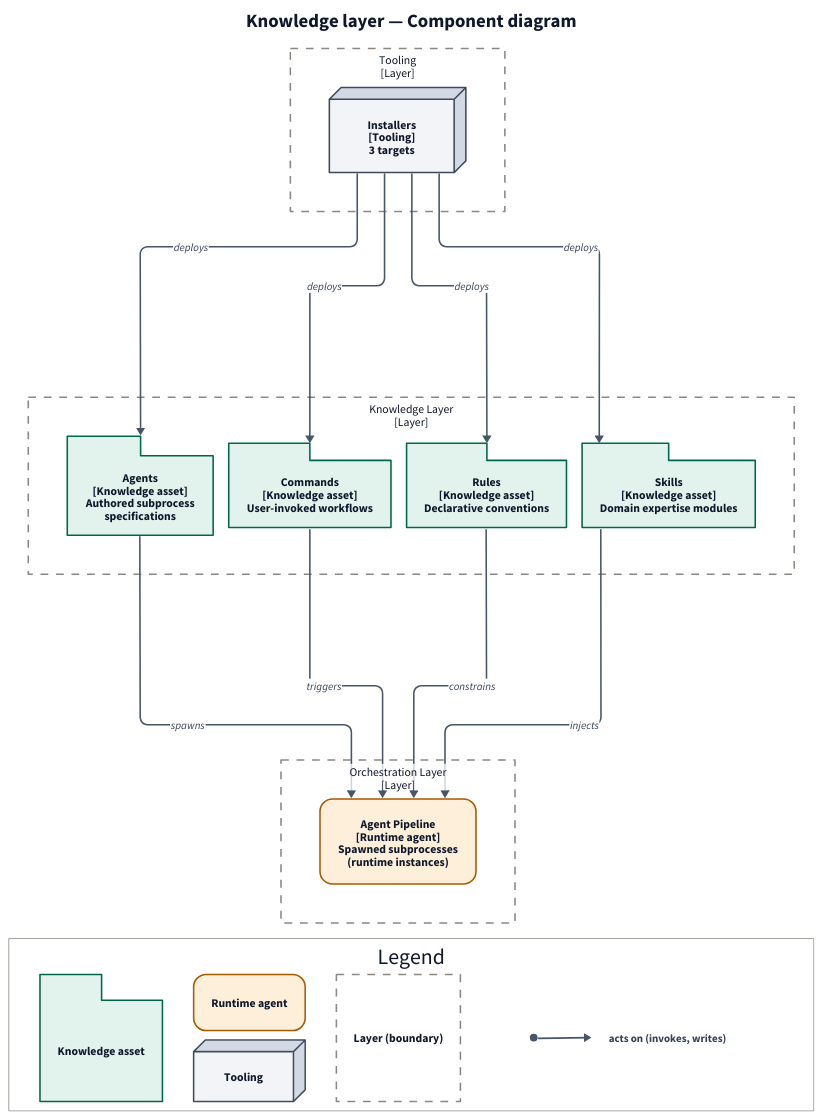
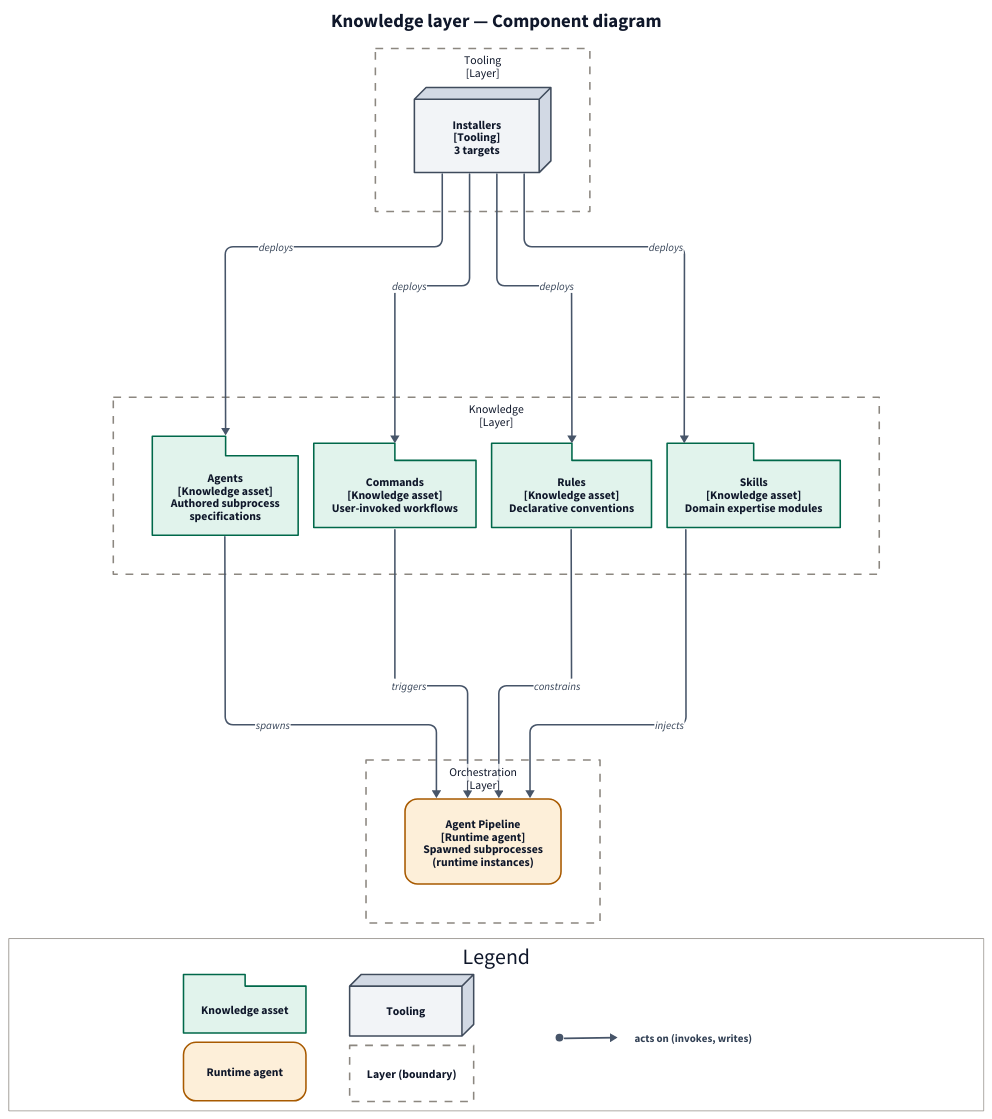
Before and after one commit to francisco-perez-sorrosal/praxion: the diagram in docs/diagrams/architecture/rendered/knowledge_components.d2, drawn with D2. The commit also changed 40 other files, not shown here.

First line of the commit message:
feat(diagrams): Complete the sixteen-view set with loop detail and layout-aware emission

```diff
--- a/docs/diagrams/architecture/rendered/knowledge_components.d2
+++ b/docs/diagrams/architecture/rendered/knowledge_components.d2
@@ -1,178 +1,180 @@
+direction: down
 vars: {
   d2-config: {
     layout-engine: elk
     pad: 40
     theme-overrides: {
       N1: "#0F172A"
       N2: "#334155"
       N7: "#FFFFFF"
     }
   }
 }
 classes: {
   category_knowledge_asset: {
     shape: package
     style: {
       fill: "#E1F3EC"
       stroke: "#00684A"
       stroke-width: 2
       font-color: "#0F172A"
       font-size: 15
     }
   }
   category_runtime_agent: {
     shape: rectangle
     style: {
       fill: "#FDEFD9"
       stroke: "#A85A00"
       stroke-width: 2
       font-color: "#0F172A"
       font-size: 15
       border-radius: 16
     }
   }
   category_tooling: {
     shape: rectangle
     style: {
       fill: "#F2F4F7"
       stroke: "#3F4B5C"
       stroke-width: 2
       font-color: "#0F172A"
       font-size: 15
       3d: true
     }
   }
   category_layer_frame: {
     shape: rectangle
     style: {
       fill: transparent
       stroke: "#8C8780"
       stroke-width: 2
       font-color: "#0F172A"
       font-size: 15
       stroke-dash: 5
     }
   }
   line_acts_on: {
     style: {
       fill: "#FFFFFF"
       stroke: "#475569"
       stroke-width: 2
       font-color: "#334155"
       font-size: 14
     }
   }
 }
 Title: {
   label: "Knowledge layer — Component diagram"
   shape: text
   near: top-center
   style: {
     font-size: 24
     bold: true
     font-color: "#0F172A"
   }
 }
 "el_praxion.knowledge": {
-  label: "Knowledge Layer\n[Layer]"
+  label: "Knowledge\n[Layer]"
   class: category_layer_frame
   "el_praxion.knowledge.agents": {
     label: "Agents\n[Knowledge asset]\nAuthored subprocess\nspecifications"
     class: category_knowledge_asset
   }
   "el_praxion.knowledge.commands": {
     label: "Commands\n[Knowledge asset]\nUser-invoked workflows"
     class: category_knowledge_asset
   }
   "el_praxion.knowledge.rules": {
     label: "Rules\n[Knowledge asset]\nDeclarative conventions"
     class: category_knowledge_asset
   }
   "el_praxion.knowledge.skills": {
     label: "Skills\n[Knowledge asset]\nDomain expertise modules"
     class: category_knowledge_asset
   }
 }
 "el_praxion.orchestration": {
-  label: "Orchestration Layer\n[Layer]"
+  label: "Orchestration\n[Layer]"
   class: category_layer_frame
   "el_praxion.orchestration.pipeline": {
     label: "Agent Pipeline\n[Runtime agent]\nSpawned subprocesses\n(runtime instances)"
     class: category_runtime_agent
   }
 }
 "el_praxion.tooling": {
   label: "Tooling\n[Layer]"
   class: category_layer_frame
   "el_praxion.tooling.installers": {
     label: "Installers\n[Tooling]\n3 targets"
     class: category_tooling
   }
 }
 Legend: {
   label: "Legend"
   near: bottom-center
-  grid-columns: 4
-  horizontal-gap: 40
+  grid-columns: 3
+  width: 1250
+  horizontal-gap: 56
   vertical-gap: 12
   style: {
     fill: "#FFFFFF"
     stroke: "#8C8780"
     stroke-width: 1
     font-color: "#0F172A"
   }
   category_knowledge_asset: {
     label: "Knowledge asset"
     class: category_knowledge_asset
   }
   category_runtime_agent: {
     label: "Runtime agent"
     class: category_runtime_agent
   }
   category_tooling: {
     label: "Tooling"
     class: category_tooling
   }
   category_layer_frame: {
     label: "Layer (boundary)"
     class: category_layer_frame
   }
   line_acts_on_sample: {
     label: ""
     direction: right
     style: {
       fill: transparent
       stroke-width: 0
     }
     tail: {
       label: ""
       shape: circle
       width: 8
       height: 8
       style: {
         fill: "#475569"
         stroke: "#475569"
       }
     }
     caption: {
       label: "acts on (invokes, writes)"
       style: {
         fill: transparent
         stroke-width: 0
         font-size: 14
         font-color: "#334155"
       }
     }
     tail -> caption: {
       class: line_acts_on
     }
   }
 }
 "el_praxion.knowledge"."el_praxion.knowledge.agents" -> "el_praxion.orchestration"."el_praxion.orchestration.pipeline": "spawns" {class: line_acts_on}
 "el_praxion.knowledge"."el_praxion.knowledge.commands" -> "el_praxion.orchestration"."el_praxion.orchestration.pipeline": "triggers" {class: line_acts_on}
 "el_praxion.knowledge"."el_praxion.knowledge.rules" -> "el_praxion.orchestration"."el_praxion.orchestration.pipeline": "constrains" {class: line_acts_on}
 "el_praxion.knowledge"."el_praxion.knowledge.skills" -> "el_praxion.orchestration"."el_praxion.orchestration.pipeline": "injects" {class: line_acts_on}
 "el_praxion.tooling"."el_praxion.tooling.installers" -> "el_praxion.knowledge"."el_praxion.knowledge.agents": "deploys" {class: line_acts_on}
 "el_praxion.tooling"."el_praxion.tooling.installers" -> "el_praxion.knowledge"."el_praxion.knowledge.commands": "deploys" {class: line_acts_on}
 "el_praxion.tooling"."el_praxion.tooling.installers" -> "el_praxion.knowledge"."el_praxion.knowledge.rules": "deploys" {class: line_acts_on}
 "el_praxion.tooling"."el_praxion.tooling.installers" -> "el_praxion.knowledge"."el_praxion.knowledge.skills": "deploys" {class: line_acts_on}
```
